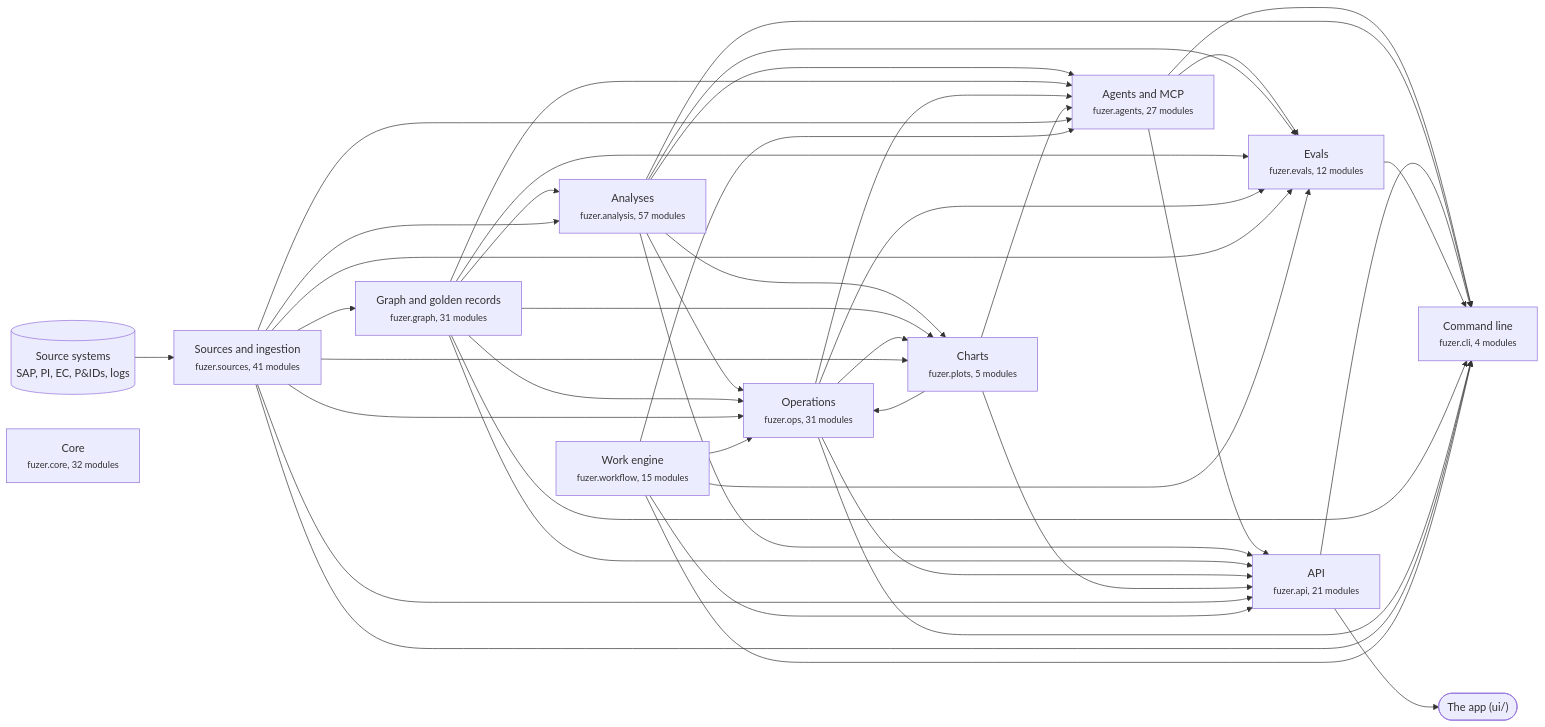
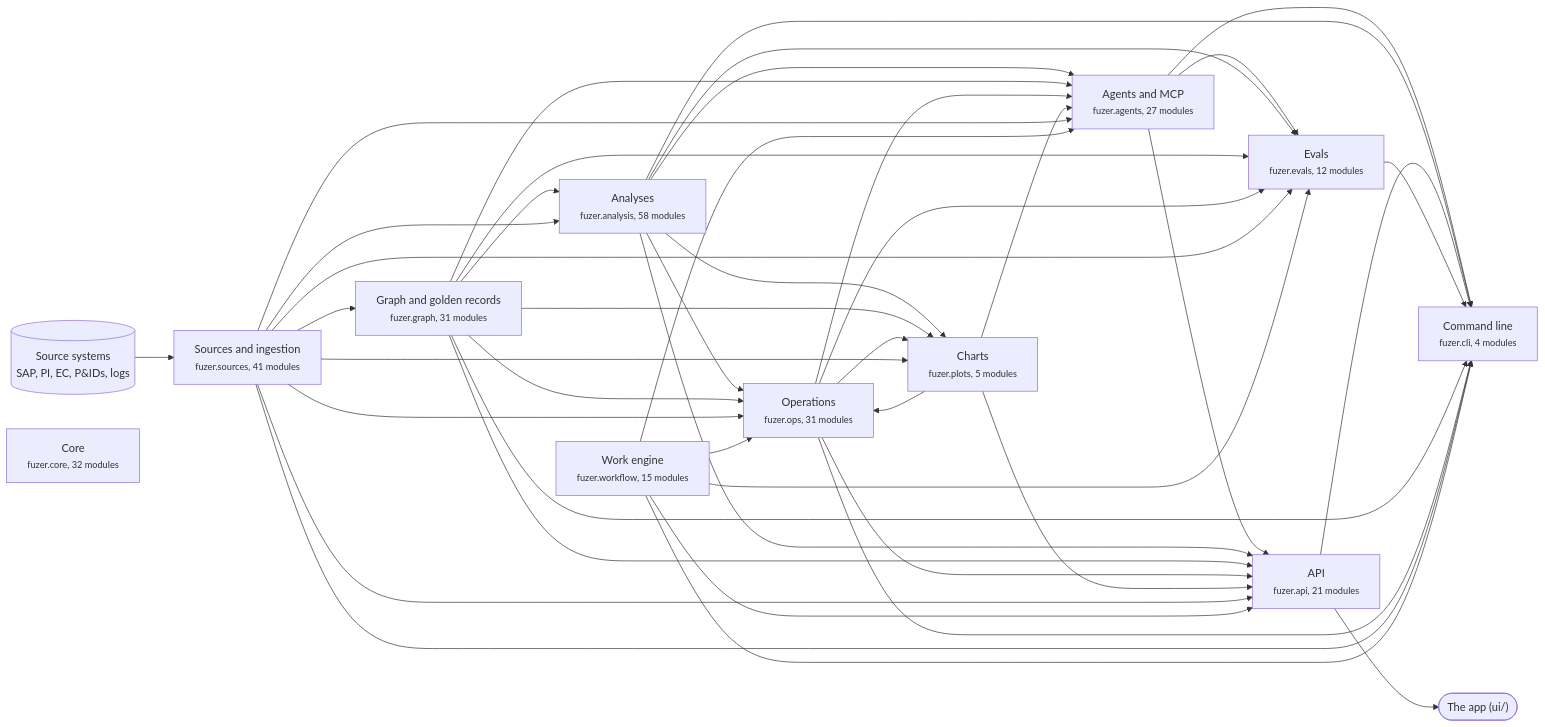
Before and after one commit to areed145/fuzer: the first of 3 diagrams in docs/architecture.md, drawn with Mermaid. The commit also changed other lines of this file and 12 other files, not shown here.

````diff
--- a/docs/architecture.md
+++ b/docs/architecture.md
@@ -8,67 +8,67 @@
 ```mermaid
 flowchart LR
   systems[("Source systems<br>SAP, PI, EC, P&IDs, logs")] --> c_sources
   app(["The app (ui/)"])
   c_api --> app
   c_sources["Sources and ingestion<br><small>fuzer.sources, 41 modules</small>"]
   c_graph["Graph and golden records<br><small>fuzer.graph, 31 modules</small>"]
-  c_analysis["Analyses<br><small>fuzer.analysis, 57 modules</small>"]
+  c_analysis["Analyses<br><small>fuzer.analysis, 58 modules</small>"]
   c_ops["Operations<br><small>fuzer.ops, 31 modules</small>"]
   c_plots["Charts<br><small>fuzer.plots, 5 modules</small>"]
   c_workflow["Work engine<br><small>fuzer.workflow, 15 modules</small>"]
   c_agents["Agents and MCP<br><small>fuzer.agents, 27 modules</small>"]
   c_evals["Evals<br><small>fuzer.evals, 12 modules</small>"]
   c_api["API<br><small>fuzer.api, 21 modules</small>"]
   c_cli["Command line<br><small>fuzer.cli, 4 modules</small>"]
   c_core["Core<br><small>fuzer.core, 32 modules</small>"]
   c_sources --> c_graph
   c_graph --> c_analysis
   c_sources --> c_analysis
   c_analysis --> c_ops
   c_graph --> c_ops
   c_plots --> c_ops
   c_sources --> c_ops
   c_workflow --> c_ops
   c_analysis --> c_plots
   c_graph --> c_plots
   c_ops --> c_plots
   c_sources --> c_plots
   c_analysis --> c_agents
   c_graph --> c_agents
   c_ops --> c_agents
   c_plots --> c_agents
   c_sources --> c_agents
   c_workflow --> c_agents
   c_agents --> c_evals
   c_analysis --> c_evals
   c_graph --> c_evals
   c_ops --> c_evals
   c_sources --> c_evals
   c_workflow --> c_evals
   c_agents --> c_api
   c_analysis --> c_api
   c_graph --> c_api
   c_ops --> c_api
   c_plots --> c_api
   c_sources --> c_api
   c_workflow --> c_api
   c_agents --> c_cli
   c_analysis --> c_cli
   c_api --> c_cli
   c_evals --> c_cli
   c_graph --> c_cli
   c_ops --> c_cli
   c_sources --> c_cli
   c_workflow --> c_cli
   click c_sources "https://github.com/areed145/fuzer/tree/main/src/fuzer/sources"
   click c_graph "https://github.com/areed145/fuzer/tree/main/src/fuzer/graph"
   click c_analysis "https://github.com/areed145/fuzer/tree/main/src/fuzer/analysis"
   click c_ops "https://github.com/areed145/fuzer/tree/main/src/fuzer/ops"
   click c_plots "https://github.com/areed145/fuzer/tree/main/src/fuzer/plots"
   click c_workflow "https://github.com/areed145/fuzer/tree/main/src/fuzer/workflow"
   click c_agents "https://github.com/areed145/fuzer/tree/main/src/fuzer/agents"
   click c_evals "https://github.com/areed145/fuzer/tree/main/src/fuzer/evals"
   click c_api "https://github.com/areed145/fuzer/tree/main/src/fuzer/api"
   click c_cli "https://github.com/areed145/fuzer/tree/main/src/fuzer/cli"
   click c_core "https://github.com/areed145/fuzer/tree/main/src/fuzer/core"
 ```
````
